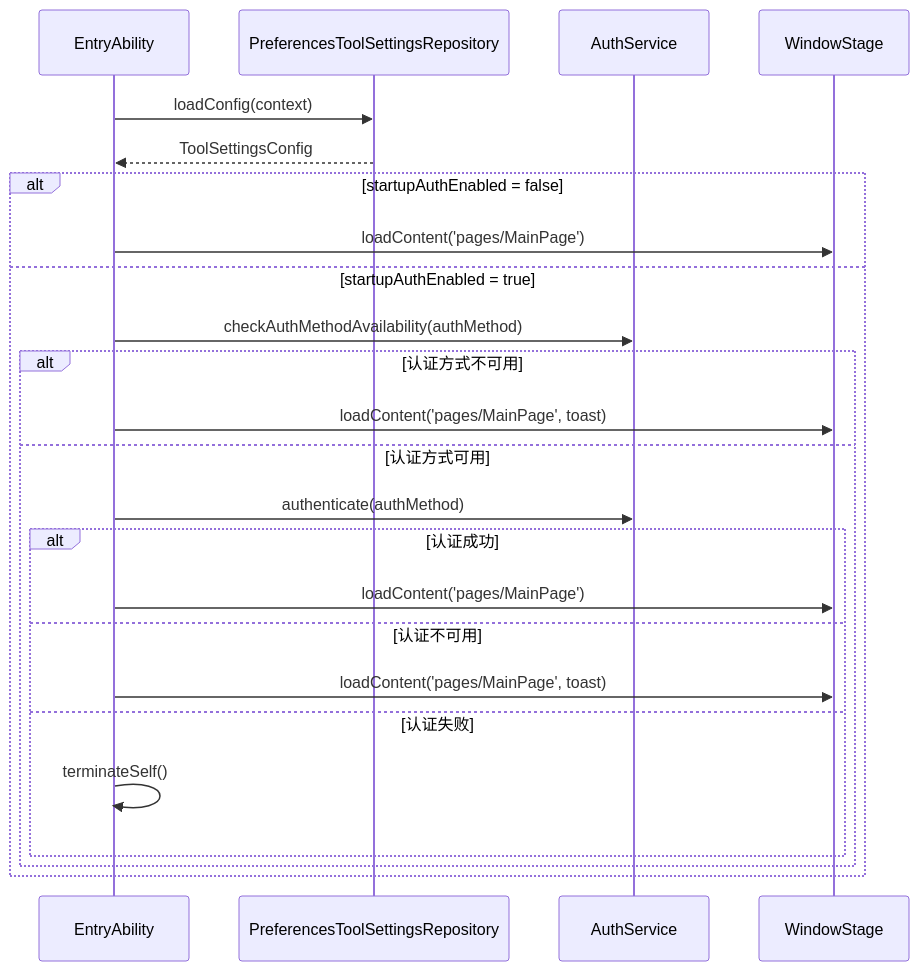
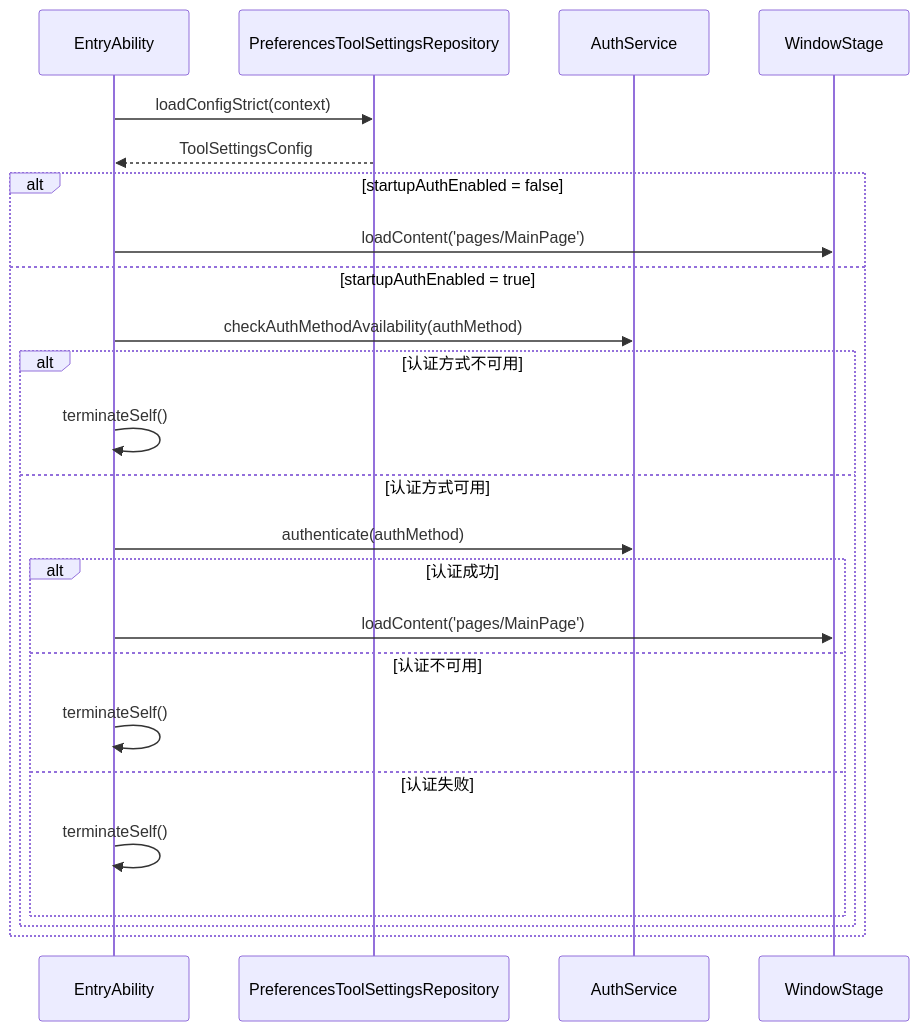
Before and after one commit to Deslord319/security_tool: the second of 2 diagrams in docs/03-模块设计/工具设置组件设计说明.md, drawn with Mermaid. The commit also changed other lines of this file and 5 other files, not shown here.

````diff
--- a/docs/03-模块设计/工具设置组件设计说明.md
+++ b/docs/03-模块设计/工具设置组件设计说明.md
@@ -216,27 +220,27 @@
 ```mermaid
 sequenceDiagram
   participant Entry as EntryAbility
   participant Repo as PreferencesToolSettingsRepository
   participant Auth as AuthService
   participant Window as WindowStage
 
-  Entry->>Repo: loadConfig(context)
+  Entry->>Repo: loadConfigStrict(context)
   Repo-->>Entry: ToolSettingsConfig
   alt startupAuthEnabled = false
     Entry->>Window: loadContent('pages/MainPage')
   else startupAuthEnabled = true
     Entry->>Auth: checkAuthMethodAvailability(authMethod)
     alt 认证方式不可用
-      Entry->>Window: loadContent('pages/MainPage', toast)
+      Entry->>Entry: terminateSelf()
     else 认证方式可用
       Entry->>Auth: authenticate(authMethod)
       alt 认证成功
         Entry->>Window: loadContent('pages/MainPage')
       else 认证不可用
-        Entry->>Window: loadContent('pages/MainPage', toast)
+        Entry->>Entry: terminateSelf()
       else 认证失败
         Entry->>Entry: terminateSelf()
       end
     end
   end
 ```
````
